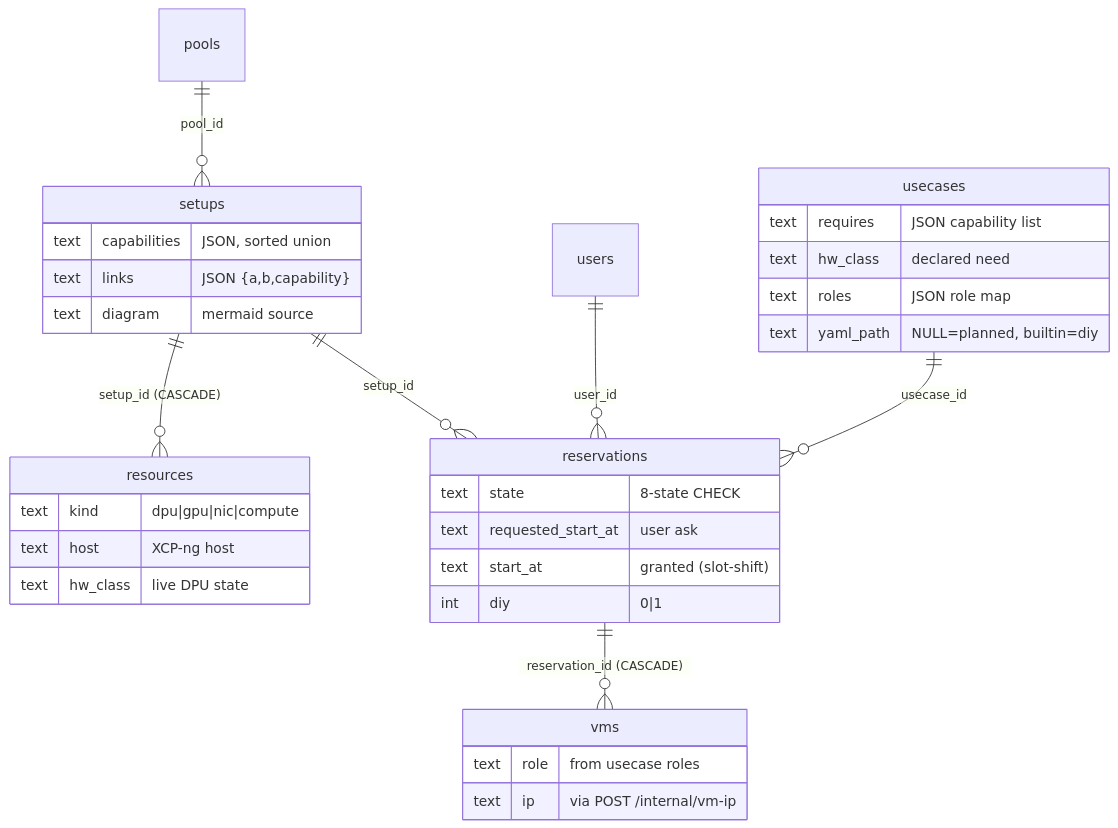
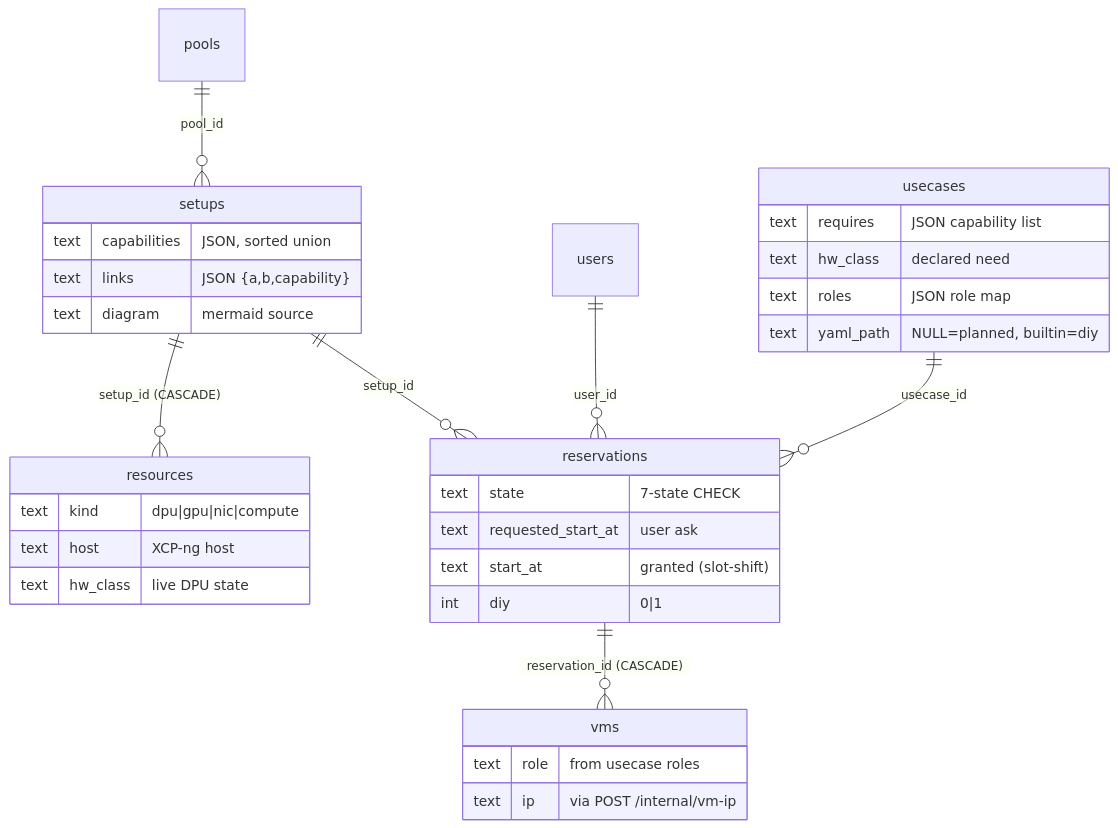
Before and after one commit to hrushikesh-sam/dao-lab-selfserve: the diagram in plan/01-domain-model.md, drawn with Mermaid. The commit also changed other lines of this file and 9 other files, not shown here.

````diff
--- a/plan/01-domain-model.md
+++ b/plan/01-domain-model.md
@@ -17,36 +17,36 @@
 ```mermaid
 erDiagram
     pools ||--o{ setups : "pool_id"
     setups ||--o{ resources : "setup_id (CASCADE)"
     users ||--o{ reservations : "user_id"
     usecases ||--o{ reservations : "usecase_id"
     setups ||--o{ reservations : "setup_id"
     reservations ||--o{ vms : "reservation_id (CASCADE)"
 
     setups {
         text capabilities "JSON, sorted union"
         text links "JSON {a,b,capability}"
         text diagram "mermaid source"
     }
     resources {
         text kind "dpu|gpu|nic|compute"
         text host "XCP-ng host"
         text hw_class "live DPU state"
     }
     usecases {
         text requires "JSON capability list"
         text hw_class "declared need"
         text roles "JSON role map"
         text yaml_path "NULL=planned, builtin=diy"
     }
     reservations {
-        text state "8-state CHECK"
+        text state "7-state CHECK"
         text requested_start_at "user ask"
         text start_at "granted (slot-shift)"
         int diy "0|1"
     }
     vms {
         text role "from usecase roles"
         text ip "via POST /internal/vm-ip"
     }
 ```
````
